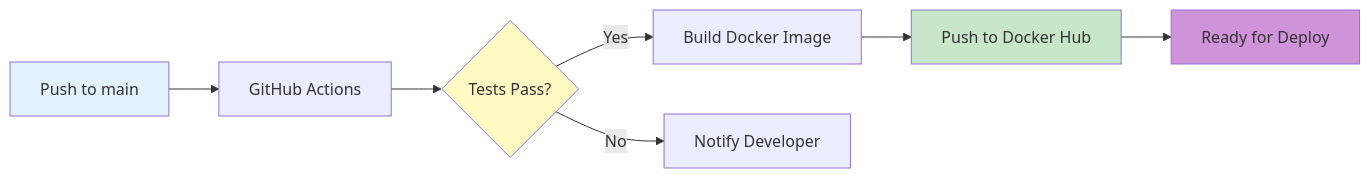
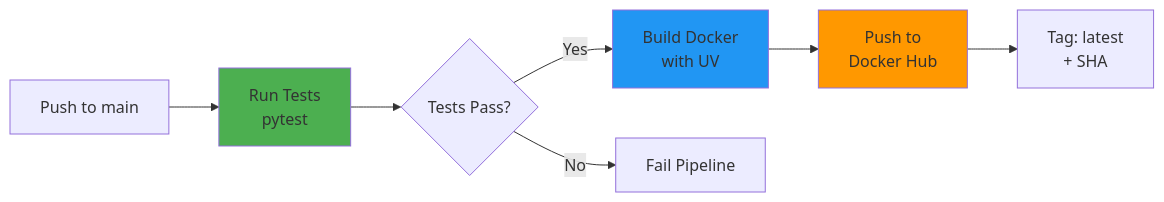
One commit to JavithNaseem-J/WattPredictor changed the fourth of 4 diagrams in README.md. Above: the diagram before and after it, drawn with Mermaid. The commit also changed other lines of this file and 5 other files, not shown here.

````diff
--- a/README.md
+++ b/README.md
@@ -307,14 +602,13 @@
 ```mermaid
 graph LR
-    A[Push to main] --> B[GitHub Actions]
+    A[Push to main] --> B[Run Tests<br/>pytest]
     B --> C{Tests Pass?}
-    C -->|Yes| D[Build Docker Image]
-    C -->|No| E[Notify Developer]
-    D --> F[Push to Docker Hub]
-    F --> G[Ready for Deploy]
+    C -->|Yes| D[Build Docker<br/>with UV]
+    C -->|No| E[Fail Pipeline]
+    D --> F[Push to<br/>Docker Hub]
+    F --> G[Tag: latest<br/>+ SHA]
     
-    style A fill:#e3f2fd
-    style C fill:#fff9c4
-    style F fill:#c8e6c9
-    style G fill:#ce93d8
+    style B fill:#4CAF50
+    style D fill:#2196F3
+    style F fill:#FF9800
 ```
````
